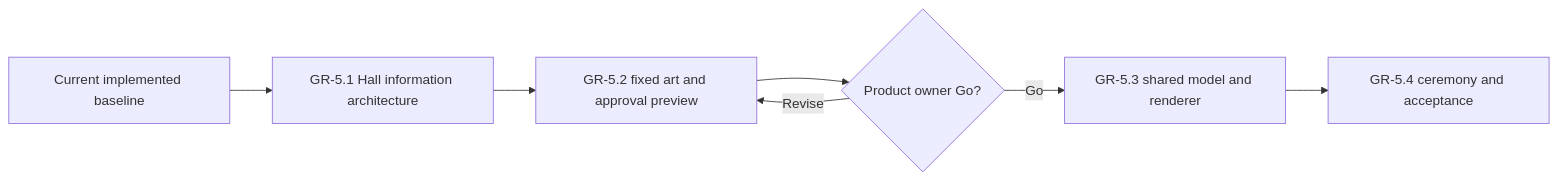
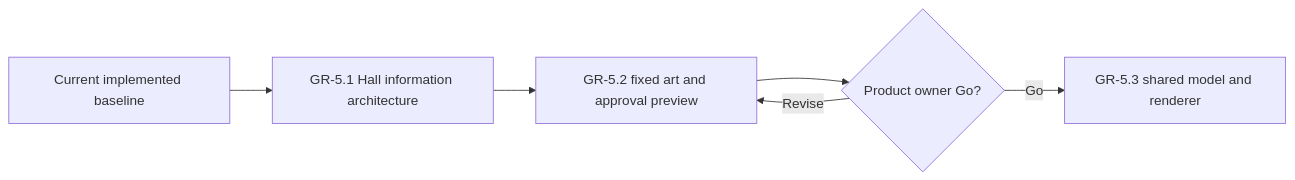
One commit to anthonyoconnor/wayfinders changed the diagram in docs/Wayfinders_Roadmap.md. Above: the diagram before and after it, drawn with Mermaid. The commit also changed other lines of this file and 3 other files, not shown here.

````diff
--- a/docs/Wayfinders_Roadmap.md
+++ b/docs/Wayfinders_Roadmap.md
@@ -87,9 +84,8 @@
 ```mermaid
 flowchart LR
     B["Current implemented baseline"] --> GH51["GR-5.1 Hall information architecture"]
     GH51 --> GH52["GR-5.2 fixed art and approval preview"]
     GH52 --> GO{"Product owner Go?"}
     GO -->|Revise| GH52
     GO -->|Go| GH53["GR-5.3 shared model and renderer"]
-    GH53 --> GH54["GR-5.4 ceremony and acceptance"]
 ```
````
